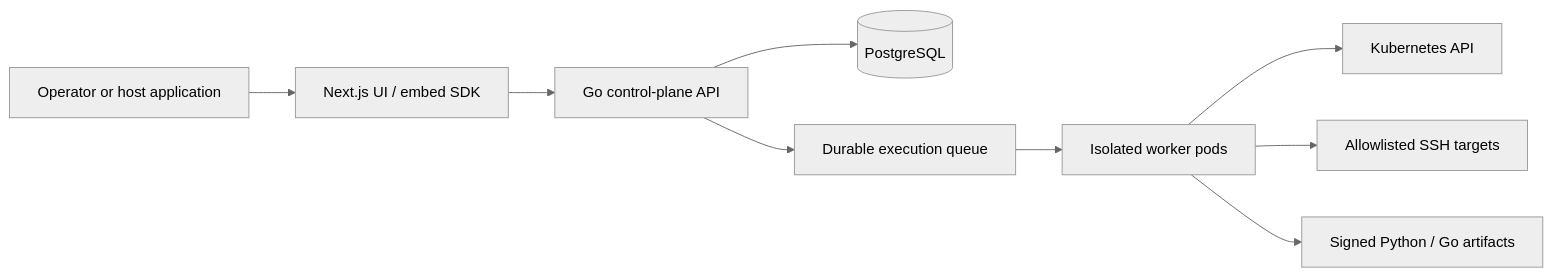
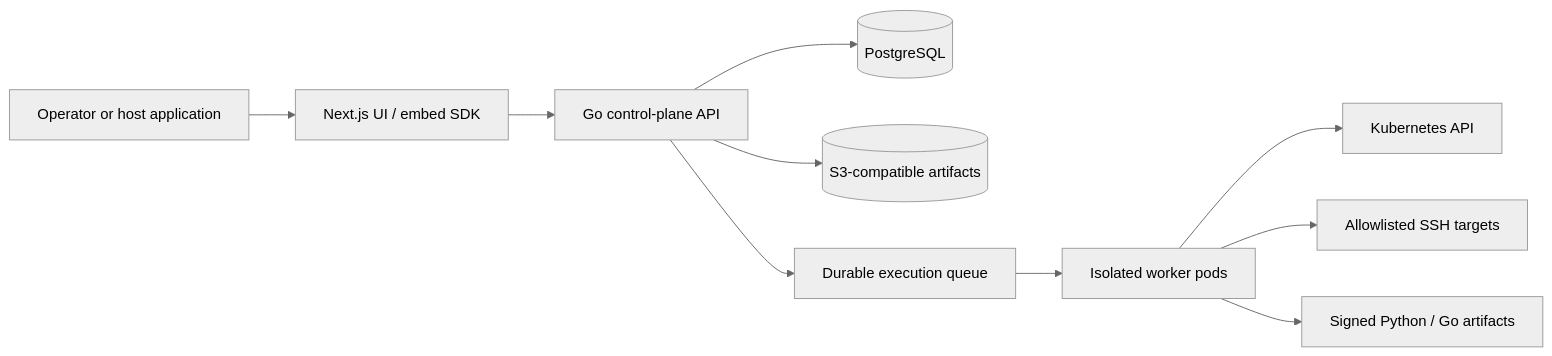
Before and after one commit to bbengt1/flowforge: the diagram in docs/architecture.md, drawn with Mermaid (neutral theme). The commit also changed other lines of this file and 32 other files, not shown here.

````diff
--- a/docs/architecture.md
+++ b/docs/architecture.md
@@ -11,11 +11,12 @@
 ```mermaid
 flowchart LR
   U[Operator or host application] --> UI[Next.js UI / embed SDK]
   UI --> API[Go control-plane API]
   API --> DB[(PostgreSQL)]
+  API --> OBJ[(S3-compatible artifacts)]
   API --> Q[Durable execution queue]
   Q --> W[Isolated worker pods]
   W --> K[Kubernetes API]
   W --> S[Allowlisted SSH targets]
   W --> A[Signed Python / Go artifacts]
 ```
````
